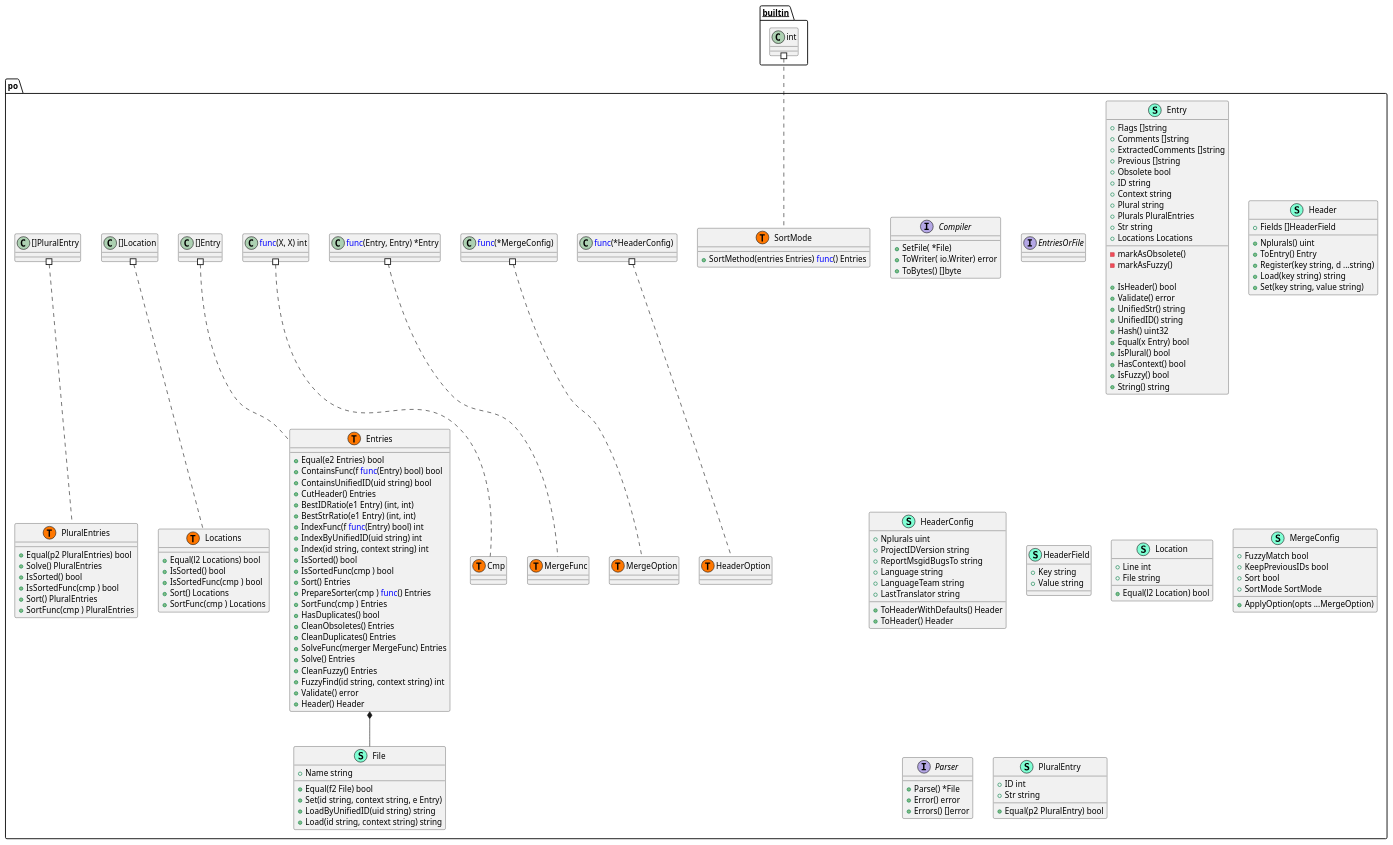
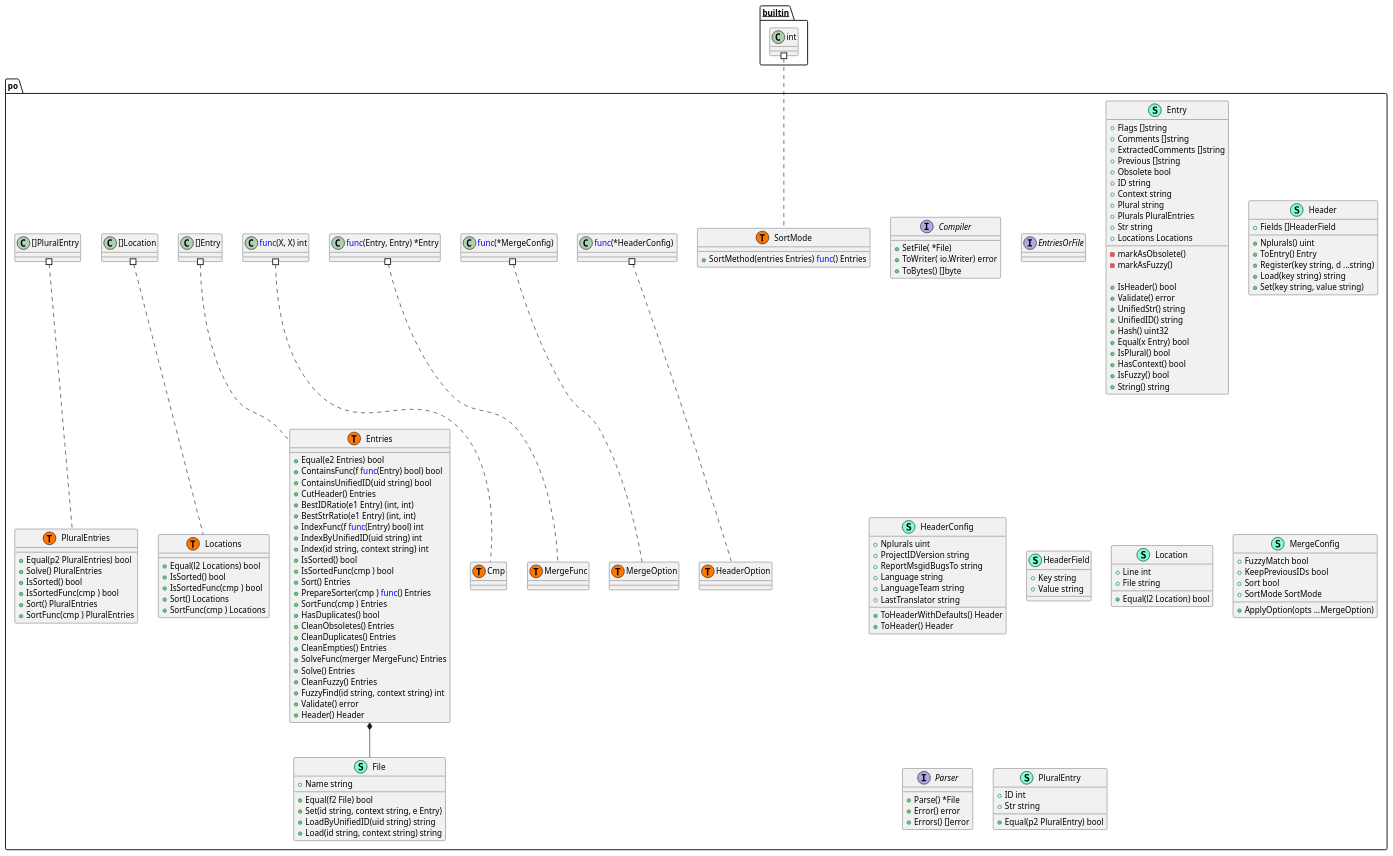
One commit to Tom5521/gotext-tools changed the diagram in pkg/po/structure.puml. Above: the diagram before and after it, drawn with PlantUML. The commit also changed 5 other files, not shown here.

```diff
--- a/pkg/po/structure.puml
+++ b/pkg/po/structure.puml
@@ -1,179 +1,180 @@
 @startuml
 namespace po {
     interface Compiler  {
         + SetFile( *File) 
         + ToWriter( io.Writer) error
         + ToBytes() []byte
 
     }
     class Entries << (S,Aquamarine) >> {
         + Equal(e2 Entries) bool
         + ContainsFunc(f <font color=blue>func</font>(Entry) bool) bool
         + ContainsUnifiedID(uid string) bool
         + CutHeader() Entries
         + BestIDRatio(e1 Entry) (int, int)
         + BestStrRatio(e1 Entry) (int, int)
         + IndexFunc(f <font color=blue>func</font>(Entry) bool) int
         + IndexByUnifiedID(uid string) int
         + Index(id string, context string) int
         + IsSorted() bool
         + IsSortedFunc(cmp ) bool
         + Sort() Entries
         + PrepareSorter(cmp ) <font color=blue>func</font>() Entries
         + SortFunc(cmp ) Entries
         + HasDuplicates() bool
         + CleanObsoletes() Entries
         + CleanDuplicates() Entries
+        + CleanEmpties() Entries
         + SolveFunc(merger MergeFunc) Entries
         + Solve() Entries
         + CleanFuzzy() Entries
         + FuzzyFind(id string, context string) int
         + Validate() error
         + Header() Header
 
     }
     interface EntriesOrFile  {
     }
     class Entry << (S,Aquamarine) >> {
         + Flags []string
         + Comments []string
         + ExtractedComments []string
         + Previous []string
         + Obsolete bool
         + ID string
         + Context string
         + Plural string
         + Plurals PluralEntries
         + Str string
         + Locations Locations
 
         - markAsObsolete() 
         - markAsFuzzy() 
 
         + IsHeader() bool
         + Validate() error
         + UnifiedStr() string
         + UnifiedID() string
         + Hash() uint32
         + Equal(x Entry) bool
         + IsPlural() bool
         + HasContext() bool
         + IsFuzzy() bool
         + String() string
 
     }
     class File << (S,Aquamarine) >> {
         + Name string
 
         + Equal(f2 File) bool
         + Set(id string, context string, e Entry) 
         + LoadByUnifiedID(uid string) string
         + Load(id string, context string) string
 
     }
     class Header << (S,Aquamarine) >> {
         + Fields []HeaderField
 
         + Nplurals() uint
         + ToEntry() Entry
         + Register(key string, d ...string) 
         + Load(key string) string
         + Set(key string, value string) 
 
     }
     class HeaderConfig << (S,Aquamarine) >> {
         + Nplurals uint
         + ProjectIDVersion string
         + ReportMsgidBugsTo string
         + Language string
         + LanguageTeam string
         + LastTranslator string
 
         + ToHeaderWithDefaults() Header
         + ToHeader() Header
 
     }
     class HeaderField << (S,Aquamarine) >> {
         + Key string
         + Value string
 
     }
     class Location << (S,Aquamarine) >> {
         + Line int
         + File string
 
         + Equal(l2 Location) bool
 
     }
     class Locations << (S,Aquamarine) >> {
         + Equal(l2 Locations) bool
         + IsSorted() bool
         + IsSortedFunc(cmp ) bool
         + Sort() Locations
         + SortFunc(cmp ) Locations
 
     }
     class MergeConfig << (S,Aquamarine) >> {
         + FuzzyMatch bool
         + KeepPreviousIDs bool
         + Sort bool
         + SortMode SortMode
 
         + ApplyOption(opts ...MergeOption) 
 
     }
     interface Parser  {
         + Parse() *File
         + Error() error
         + Errors() []error
 
     }
     class PluralEntries << (S,Aquamarine) >> {
         + Equal(p2 PluralEntries) bool
         + Solve() PluralEntries
         + IsSorted() bool
         + IsSortedFunc(cmp ) bool
         + Sort() PluralEntries
         + SortFunc(cmp ) PluralEntries
 
     }
     class PluralEntry << (S,Aquamarine) >> {
         + ID int
         + Str string
 
         + Equal(p2 PluralEntry) bool
 
     }
     class SortMode << (S,Aquamarine) >> {
         + SortMethod(entries Entries) <font color=blue>func</font>() Entries
 
     }
     class po.Cmp << (T, #FF7700) >>  {
     }
     class po.Entries << (T, #FF7700) >>  {
     }
     class po.HeaderOption << (T, #FF7700) >>  {
     }
     class po.Locations << (T, #FF7700) >>  {
     }
     class po.MergeFunc << (T, #FF7700) >>  {
     }
     class po.MergeOption << (T, #FF7700) >>  {
     }
     class po.PluralEntries << (T, #FF7700) >>  {
     }
     class po.SortMode << (T, #FF7700) >>  {
     }
 }
 "po.Entries" *-- "po.File"
 
 
 "__builtin__.int" #.. "po.SortMode"
 "po.<font color=blue>func</font>(*HeaderConfig) " #.. "po.HeaderOption"
 "po.<font color=blue>func</font>(*MergeConfig) " #.. "po.MergeOption"
 "po.<font color=blue>func</font>(Entry, Entry) *Entry" #.. "po.MergeFunc"
 "po.<font color=blue>func</font>(X, X) int" #.. "po.Cmp"
 "po.[]Entry" #.. "po.Entries"
 "po.[]Location" #.. "po.Locations"
 "po.[]PluralEntry" #.. "po.PluralEntries"
 @enduml
```
